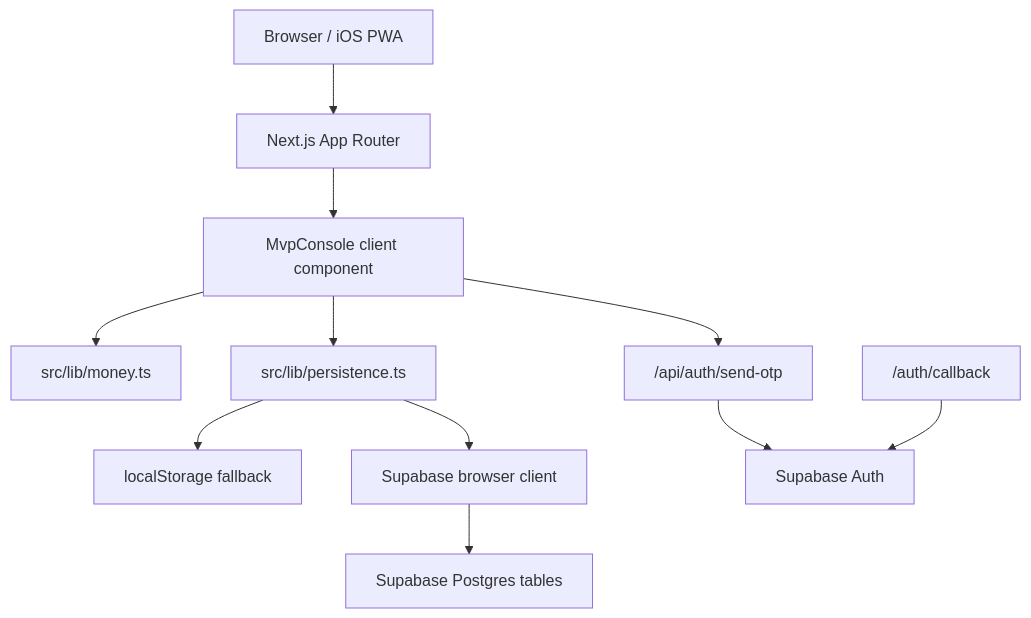
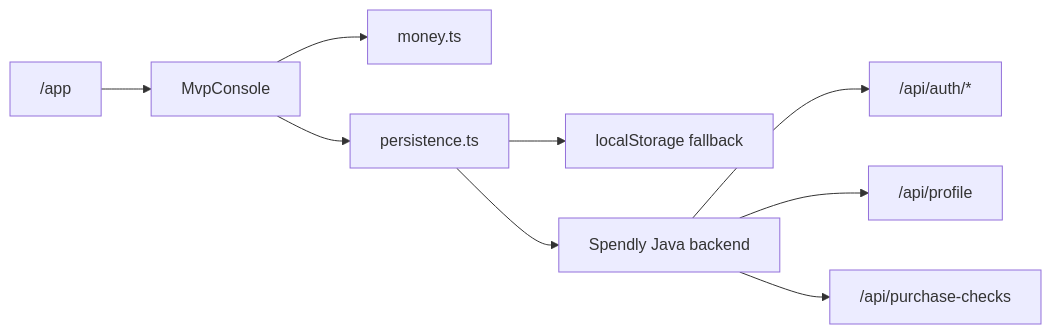
The diagram in spendly-frontend/docs/architecture.md (wuikeat1997/spendly), drawn with Mermaid before and after one commit. The commit also changed other lines of this file and 17 other files, not shown here.

Commit message:
implement java backend part 3 (mostly FE)

````diff
--- a/spendly-frontend/docs/architecture.md
+++ b/spendly-frontend/docs/architecture.md
@@ -15,13 +17,11 @@
 ```mermaid
-flowchart TD
-  Browser["Browser / iOS PWA"] --> AppShell["Next.js App Router"]
-  AppShell --> Console["MvpConsole client component"]
-  Console --> Money["src/lib/money.ts"]
-  Console --> Persistence["src/lib/persistence.ts"]
-  Persistence --> LocalStorage["localStorage fallback"]
-  Persistence --> SupabaseClient["Supabase browser client"]
-  Console --> SendOtp["/api/auth/send-otp"]
-  SendOtp --> SupabaseAuth["Supabase Auth"]
-  Callback["/auth/callback"] --> SupabaseAuth
-  SupabaseClient --> Tables["Supabase Postgres tables"]
+flowchart LR
+  App["/app"] --> Console["MvpConsole"]
+  Console --> Money["money.ts"]
+  Console --> Persistence["persistence.ts"]
+  Persistence --> Local["localStorage fallback"]
+  Persistence --> Backend["Spendly Java backend"]
+  Backend --> Auth["/api/auth/*"]
+  Backend --> Profile["/api/profile"]
+  Backend --> Checks["/api/purchase-checks"]
 ```
````
